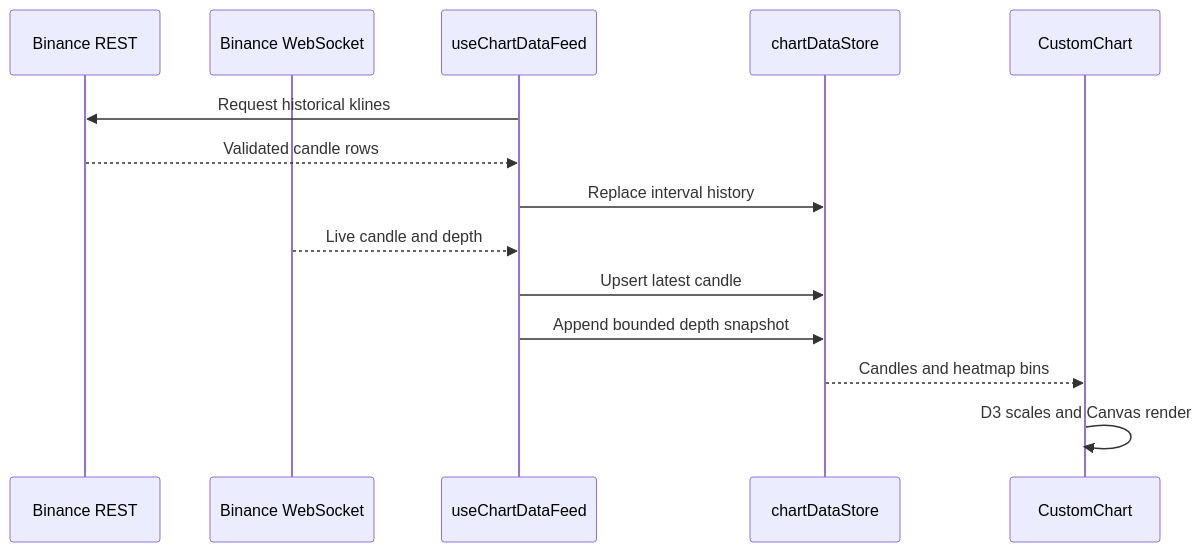
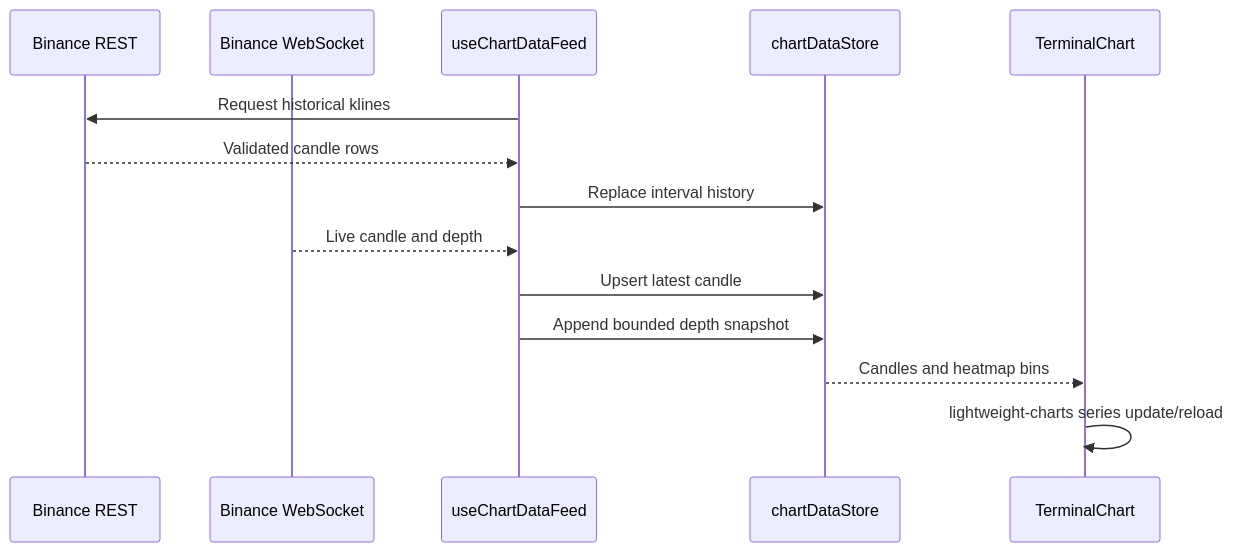
Before and after one commit to JWHaan/quant.term: the second of 3 diagrams in ARCHITECTURE.md, drawn with Mermaid. The commit also changed 6 other files, not shown here.

Commit message:
feat!: replace custom D3 canvas chart with lightweight-charts v5

```diff
--- a/ARCHITECTURE.md
+++ b/ARCHITECTURE.md
@@ -99,17 +99,17 @@
 ~~~mermaid
 sequenceDiagram
     participant REST as Binance REST
     participant WS as Binance WebSocket
     participant Feed as useChartDataFeed
     participant Store as chartDataStore
-    participant Chart as CustomChart
+    participant Chart as TerminalChart
 
     Feed->>REST: Request historical klines
     REST-->>Feed: Validated candle rows
     Feed->>Store: Replace interval history
     WS-->>Feed: Live candle and depth
     Feed->>Store: Upsert latest candle
     Feed->>Store: Append bounded depth snapshot
     Store-->>Chart: Candles and heatmap bins
-    Chart->>Chart: D3 scales and Canvas render
+    Chart->>Chart: lightweight-charts series update/reload
 ~~~
```
